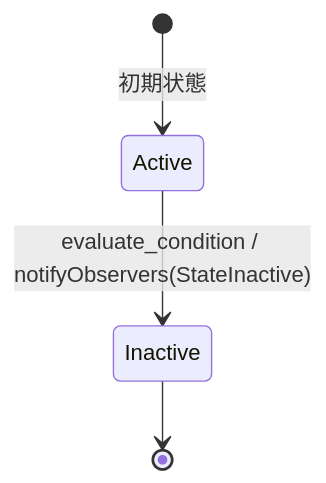
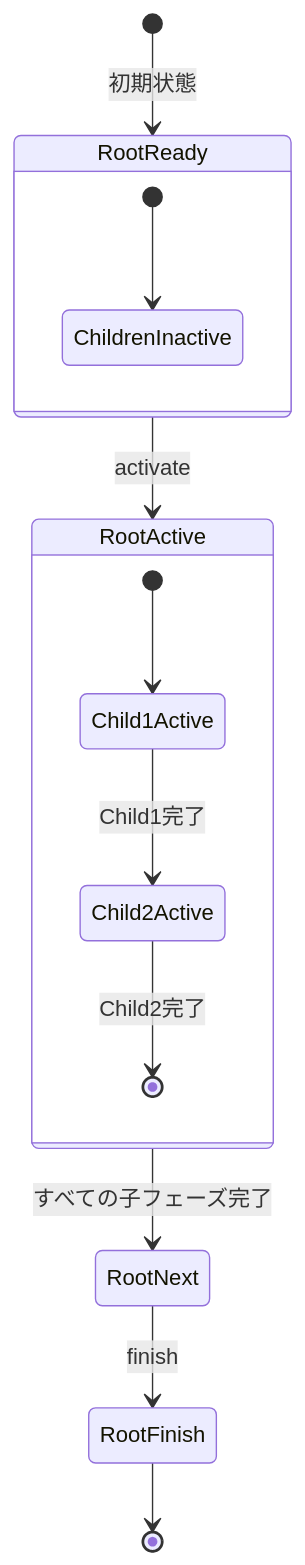
Diagram 15 of 18 in docs/README.md (mormorbump/FsmStateMachineSample), drawn with Mermaid before and after one commit. The commit also changed other lines of this file and 5 other files, not shown here.

````diff
--- a/docs/README.md
+++ b/docs/README.md
@@ -448,6 +705,19 @@
 ```mermaid
 stateDiagram-v2
-    [*] --> Active: 初期状態
-    Active --> Inactive: evaluate_condition / notifyObservers(StateInactive)
-    Inactive --> [*]
+    [*] --> RootReady: 初期状態
+    
+    state RootReady {
+        [*] --> ChildrenInactive
+    }
+    
+    state RootActive {
+        [*] --> Child1Active
+        Child1Active --> Child2Active: Child1完了
+        Child2Active --> [*]: Child2完了
+    }
+    
+    RootReady --> RootActive: activate
+    RootActive --> RootNext: すべての子フェーズ完了
+    RootNext --> RootFinish: finish
+    RootFinish --> [*]
 ```
````
